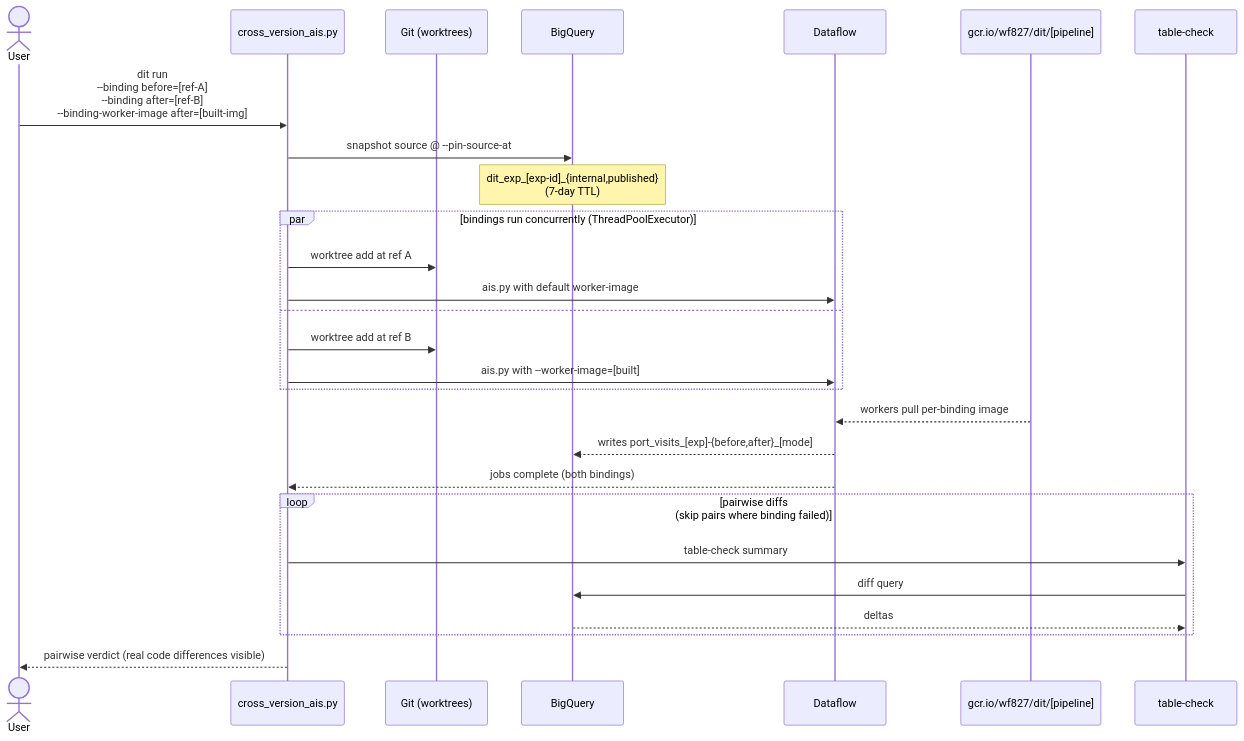
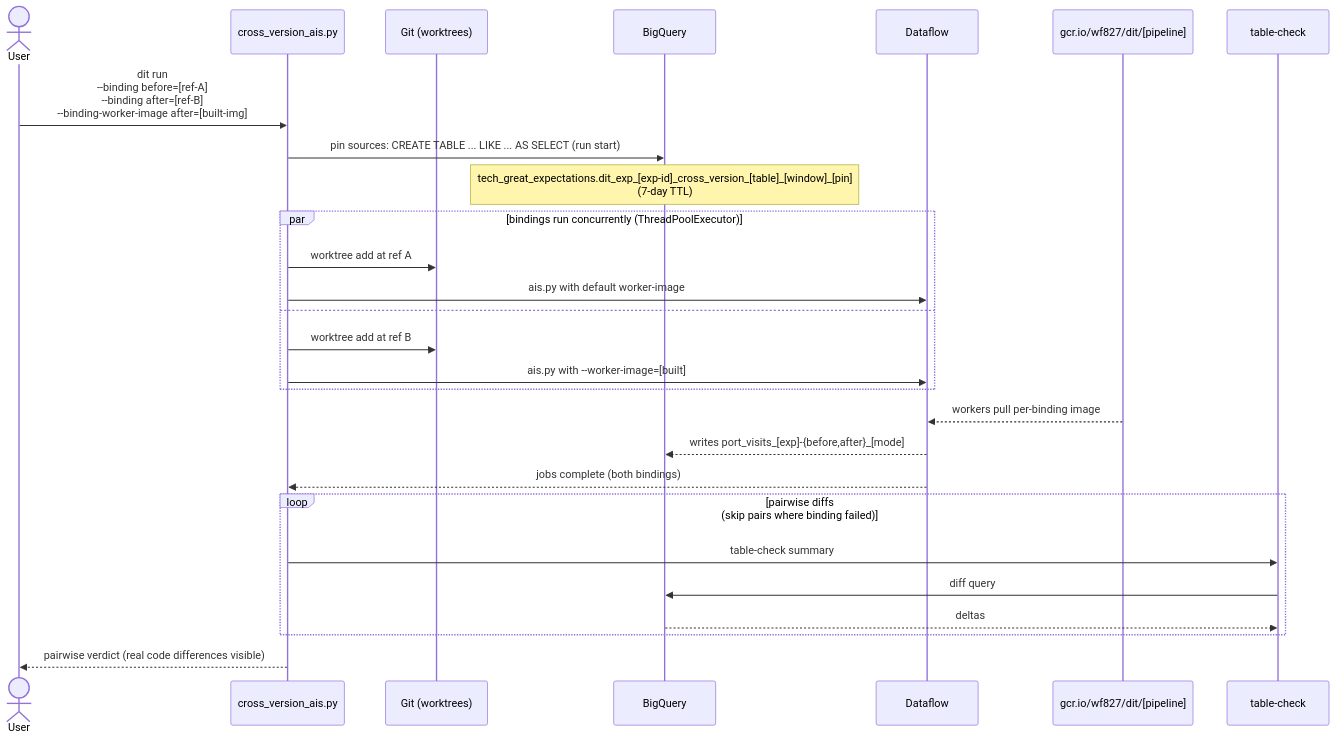
Before and after one commit to GlobalFishingWatch/data-integration-tests: the third of 4 diagrams in docs/architecture.md, drawn with Mermaid. The commit also changed other lines of this file and 11 other files, not shown here.

First line of the commit message:
feat(bq): pin sources by copy; cross_version_ais pins with copies (#80)

````diff
--- a/docs/architecture.md
+++ b/docs/architecture.md
@@ -134,33 +134,33 @@
 ```mermaid
 sequenceDiagram
     actor U as User
     participant XV as cross_version_ais.py
     participant Git as Git (worktrees)
     participant BQ as BigQuery
     participant DF as Dataflow
     participant AR as gcr.io/wf827/dit/[pipeline]
     participant TIC as table-check
 
     U->>XV: dit run<br/>--binding before=[ref-A]<br/>--binding after=[ref-B]<br/>--binding-worker-image after=[built-img]
-    XV->>BQ: snapshot source @ --pin-source-at
-    Note over BQ: dit_exp_[exp-id]_{internal,published}<br/>(7-day TTL)
+    XV->>BQ: pin sources: CREATE TABLE ... LIKE ... AS SELECT (run start)
+    Note over BQ: tech_great_expectations.dit_exp_[exp-id]_cross_version_[table]_[window]_[pin]<br/>(7-day TTL)
 
     par bindings run concurrently (ThreadPoolExecutor)
         XV->>Git: worktree add at ref A
         XV->>DF: ais.py with default worker-image
         and
         XV->>Git: worktree add at ref B
         XV->>DF: ais.py with --worker-image=[built]
     end
 
     AR-->>DF: workers pull per-binding image
     DF-->>BQ: writes port_visits_[exp]-{before,after}_[mode]
     DF-->>XV: jobs complete (both bindings)
 
     loop pairwise diffs<br/>(skip pairs where binding failed)
         XV->>TIC: table-check summary
         TIC->>BQ: diff query
         BQ-->>TIC: deltas
     end
     XV-->>U: pairwise verdict (real code differences visible)
 ```
````
